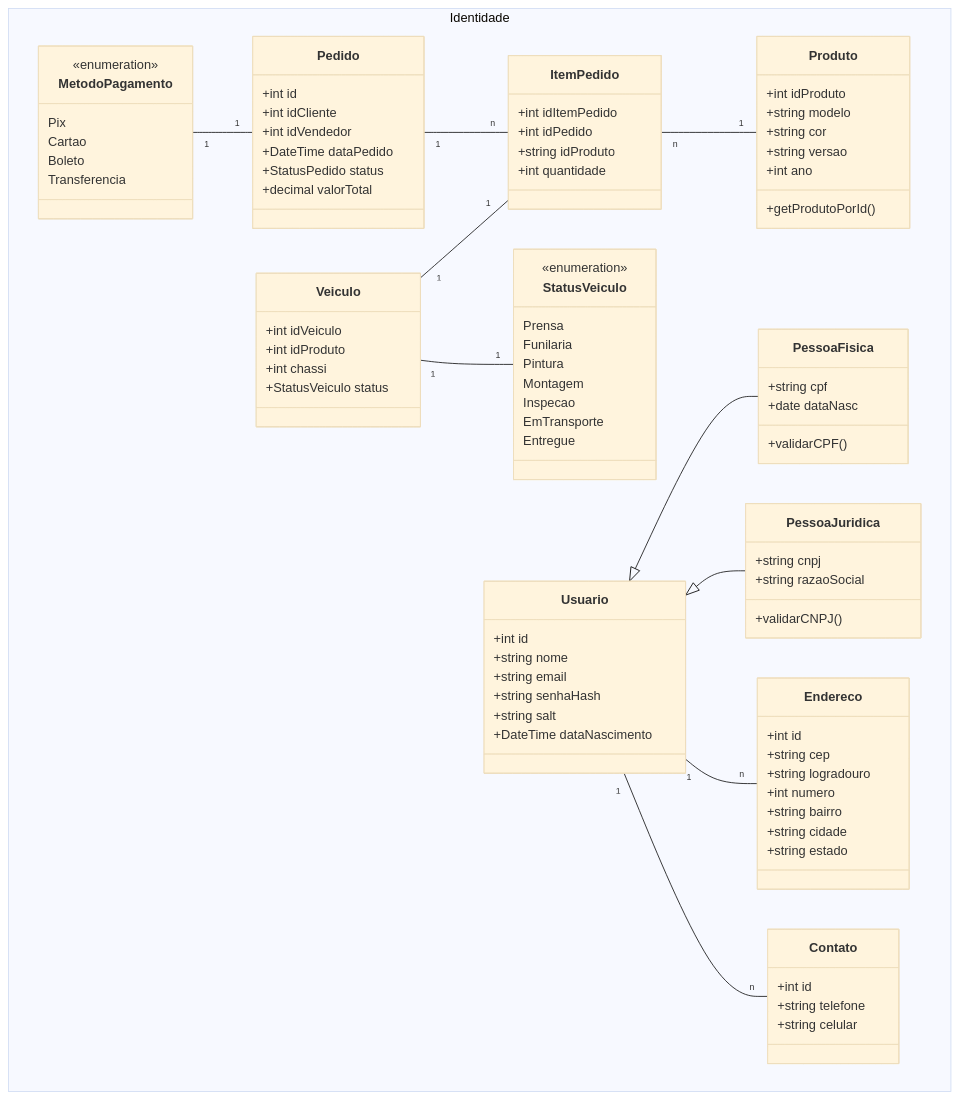
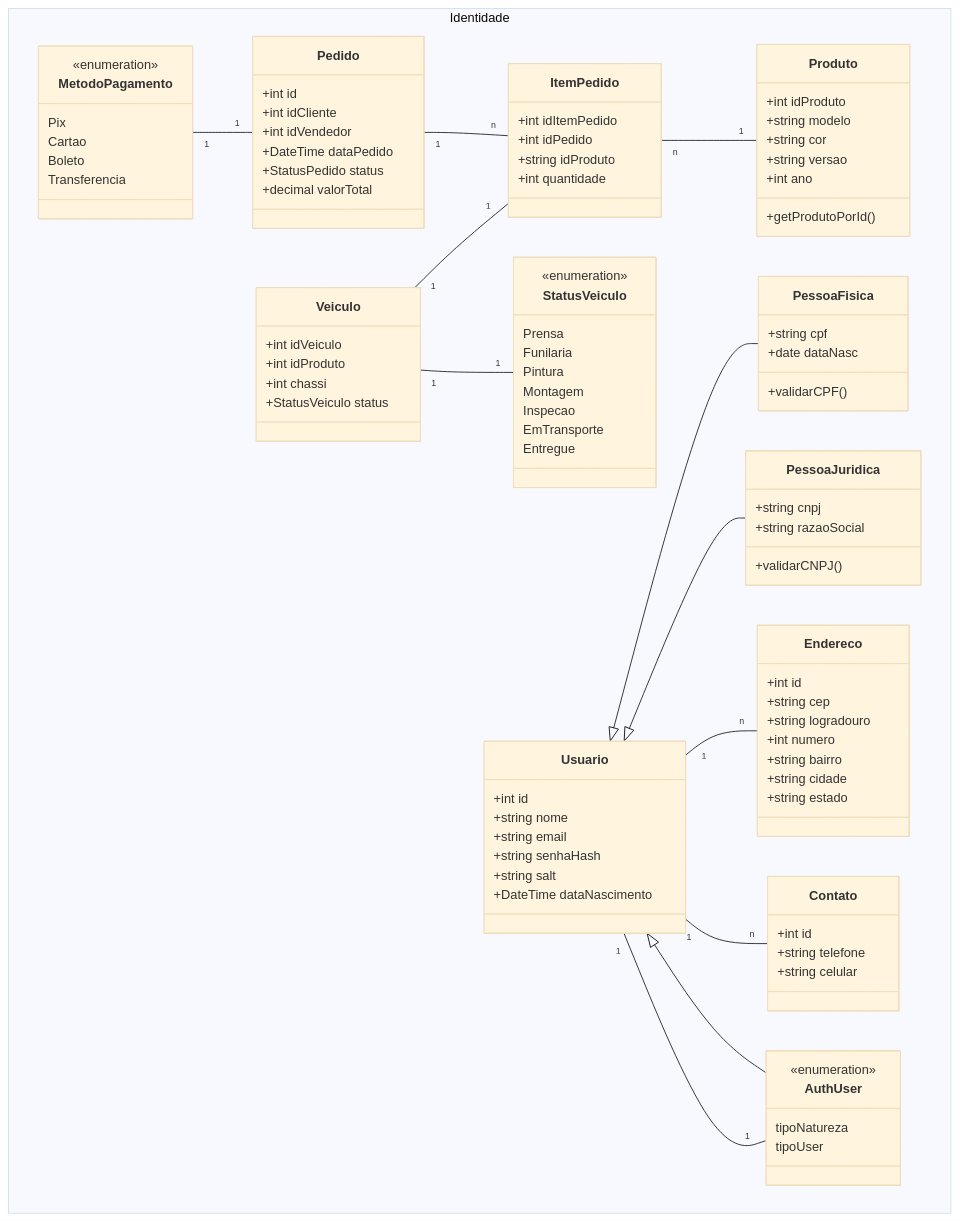
The diagram in documentacion/UML.md (Experience-TADS/Experience), drawn with Mermaid (base theme) before and after one commit.

Commit message:
Nova enumeração de usuário para autenticação

````diff
--- a/documentacion/UML.md
+++ b/documentacion/UML.md
@@ -24,11 +24,11 @@
             +DateTime dataNascimento
             }   
 
-        class PessoaFisica {
-            +string cpf
-            +date dataNasc
-            +validarCPF()
-        }
+            class PessoaFisica {
+                +string cpf
+                +date dataNasc
+                +validarCPF()
+            }
 
         class PessoaJuridica {
             +string cnpj
@@ -105,6 +105,12 @@
     Transferencia
 }
 
+class AuthUser{
+     <<enumeration>>
+     tipoNatureza
+     tipoUser
+}
+
 }
 
 MetodoPagamento "1" -- "1" Pedido
@@ -116,5 +122,7 @@
 Usuario <|-- PessoaJuridica
 Usuario "1" -- "n" Endereco
 Usuario "1" -- "n" Contato
+Usuario "1" -- "1" AuthUser
+Usuario <|-- AuthUser
 
 ```
````
